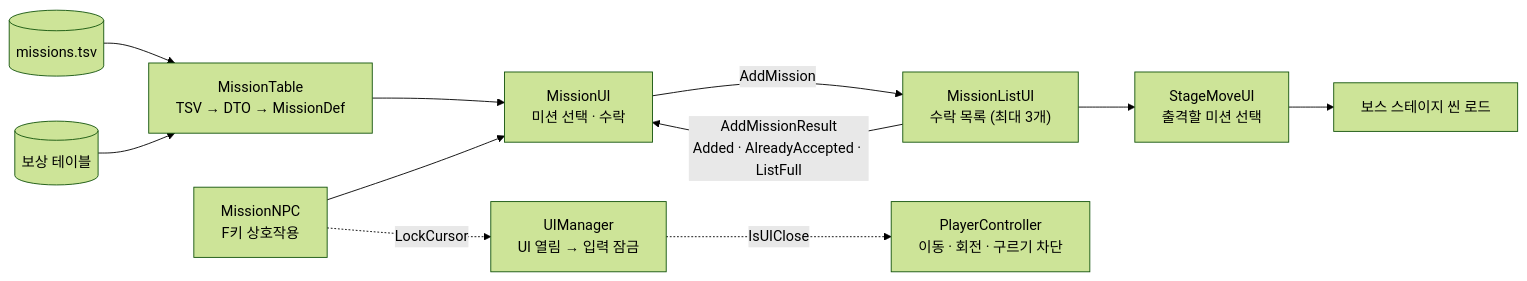
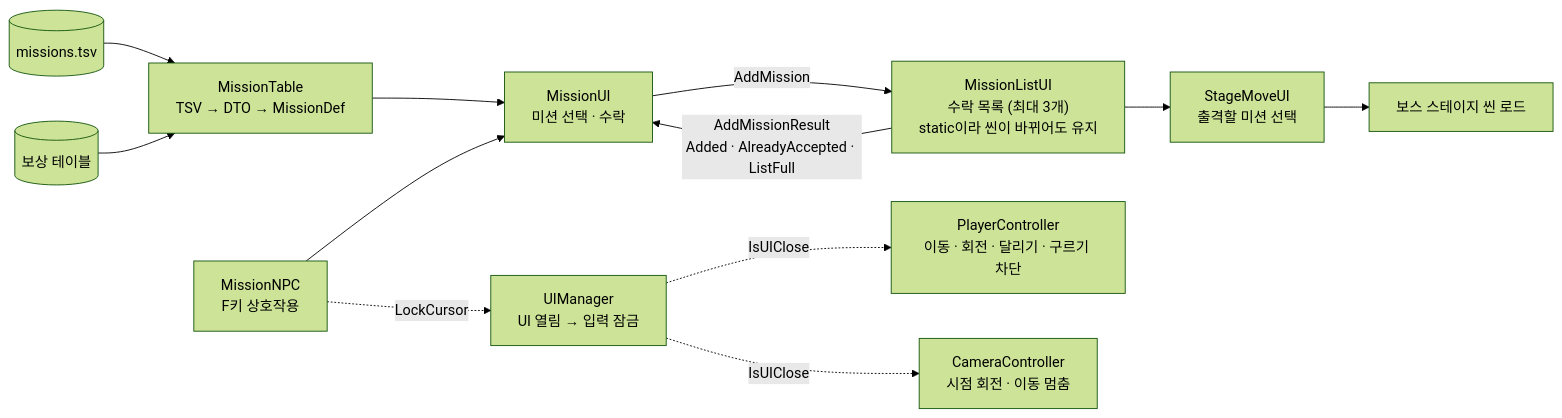
The third of 3 diagrams in src/01-ODDITY/기술문서.md (tmdrn17/portfolio), drawn with Mermaid (forest theme) before and after one commit. The commit also changed other lines of this file and 2 other files, not shown here.

````diff
--- a/src/01-ODDITY/기술문서.md
+++ b/src/01-ODDITY/기술문서.md
@@ -70,13 +70,14 @@
 ```mermaid
 flowchart LR
   TSV[("missions.tsv")] --> T["MissionTable<br/>TSV → DTO → MissionDef"]
   RW[("보상 테이블")] --> T
   NPC["MissionNPC<br/>F키 상호작용"] --> UI["MissionUI<br/>미션 선택 · 수락"]
   T --> UI
-  UI -->|AddMission| L["MissionListUI<br/>수락 목록 (최대 3개)"]
+  UI -->|AddMission| L["MissionListUI<br/>수락 목록 (최대 3개)<br/>static이라 씬이 바뀌어도 유지"]
   L -->|"AddMissionResult<br/>Added · AlreadyAccepted · ListFull"| UI
   L --> S["StageMoveUI<br/>출격할 미션 선택"]
   S --> SC["보스 스테이지 씬 로드"]
   NPC -.->|LockCursor| UM["UIManager<br/>UI 열림 → 입력 잠금"]
-  UM -.->|IsUIClose| PC["PlayerController<br/>이동 · 회전 · 구르기 차단"]
+  UM -.->|IsUIClose| PC["PlayerController<br/>이동 · 회전 · 달리기 · 구르기 차단"]
+  UM -.->|IsUIClose| CC["CameraController<br/>시점 회전 · 이동 멈춤"]
 ```
````
